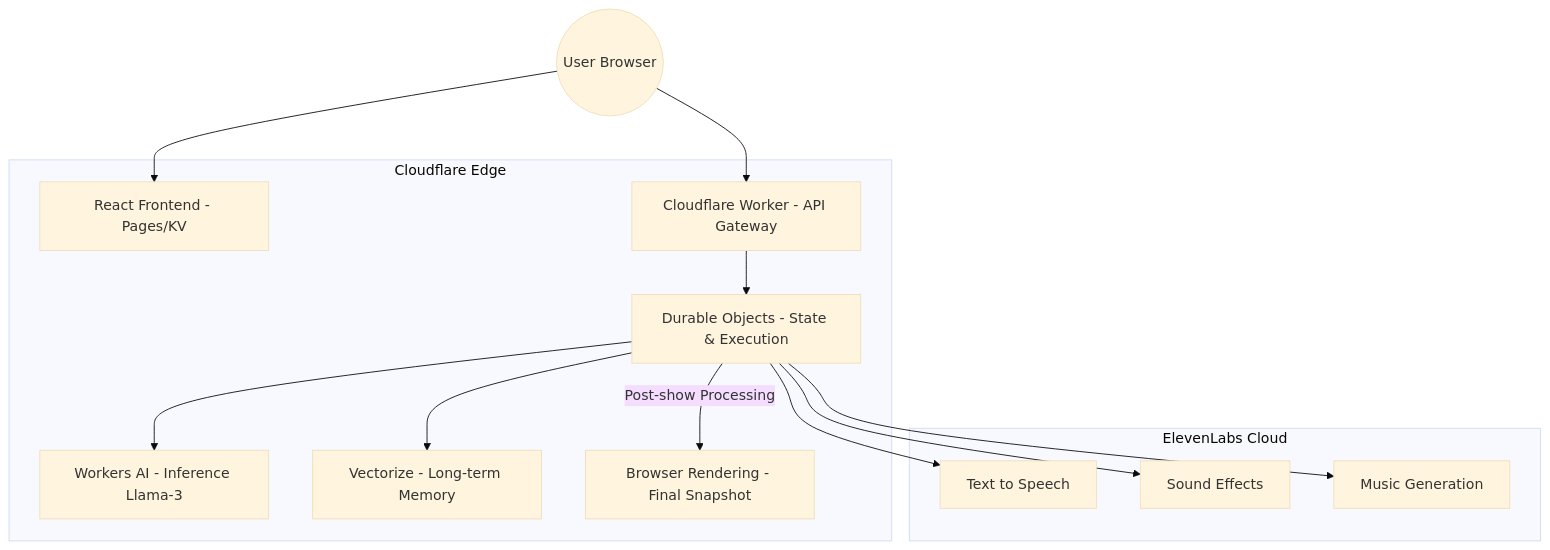
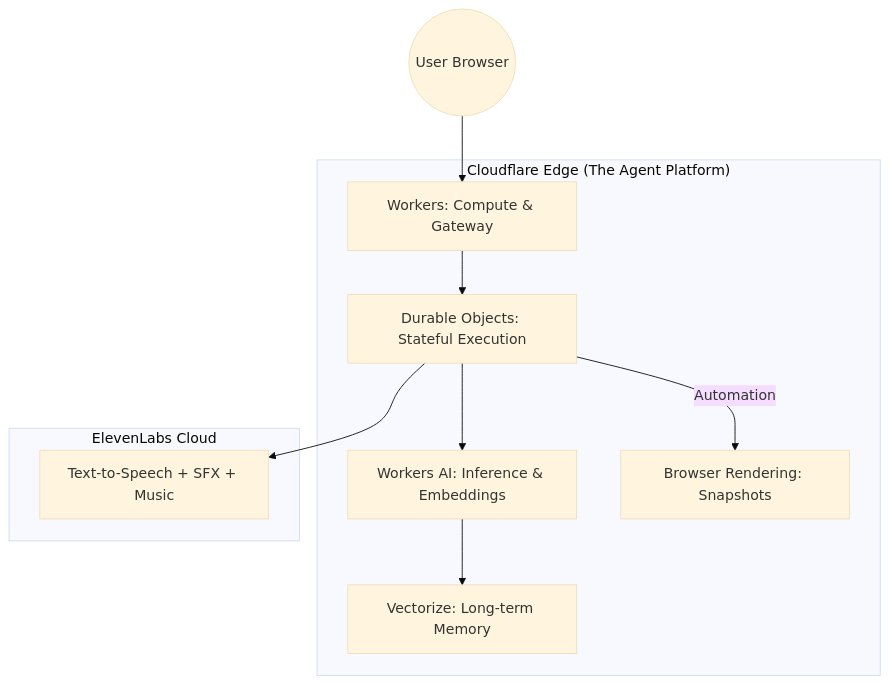
Before and after one commit to sukesuke-code/microwave-drama-for-Eleven-Hack2-Cloudflare: the diagram in README.md, drawn with Mermaid (base theme). The commit also changed other lines of this file and 2 other files, not shown here.

````diff
--- a/README.md
+++ b/README.md
@@ -15,31 +32,23 @@
 ```mermaid
 graph TD
     User((User Browser))
     
-    subgraph "Cloudflare Edge"
-        FE[React Frontend - Pages/KV]
-        Worker[Cloudflare Worker - API Gateway]
-        DO[Durable Objects - State & Execution]
-        AI[Workers AI - Inference Llama-3]
-        Vec[Vectorize - Long-term Memory]
-        BR[Browser Rendering - Final Snapshot]
+    subgraph "Cloudflare Edge (The Agent Platform)"
+        Worker[Workers: Compute & Gateway]
+        DO[Durable Objects: Stateful Execution]
+        AI[Workers AI: Inference & Embeddings]
+        Vec[Vectorize: Long-term Memory]
+        BR[Browser Rendering: Snapshots]
     end
     
     subgraph "ElevenLabs Cloud"
-        EL_TTS[Text to Speech]
-        EL_SFX[Sound Effects]
-        EL_Music[Music Generation]
+        EL[Text-to-Speech + SFX + Music]
     end
     
-    User --> FE
     User --> Worker
     Worker --> DO
-    
     DO --> AI
-    DO --> Vec
-    DO --> EL_TTS
-    DO --> EL_SFX
-    DO --> EL_Music
-    
-    DO -- "Post-show Processing" --> BR
+    AI --> Vec
+    DO --> EL
+    DO -- "Automation" --> BR
 ```
````
